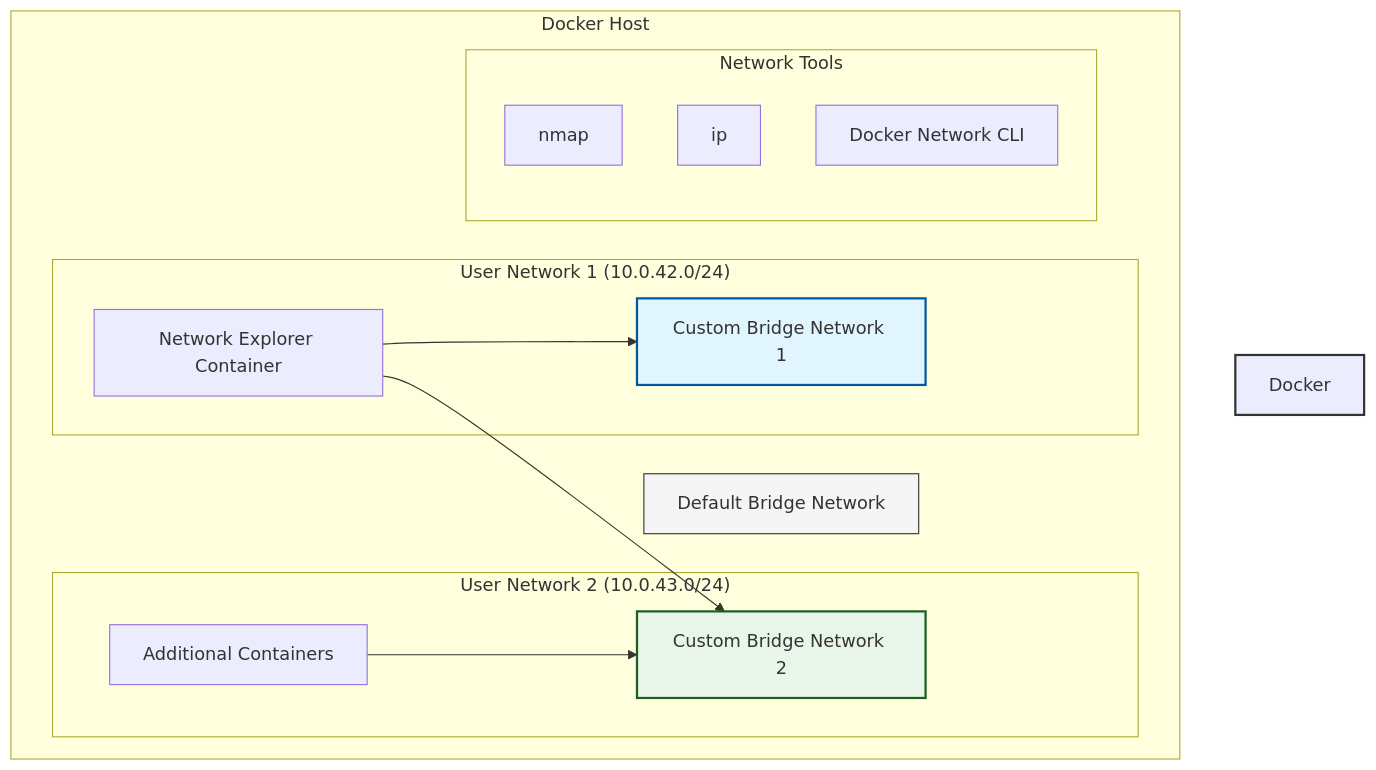
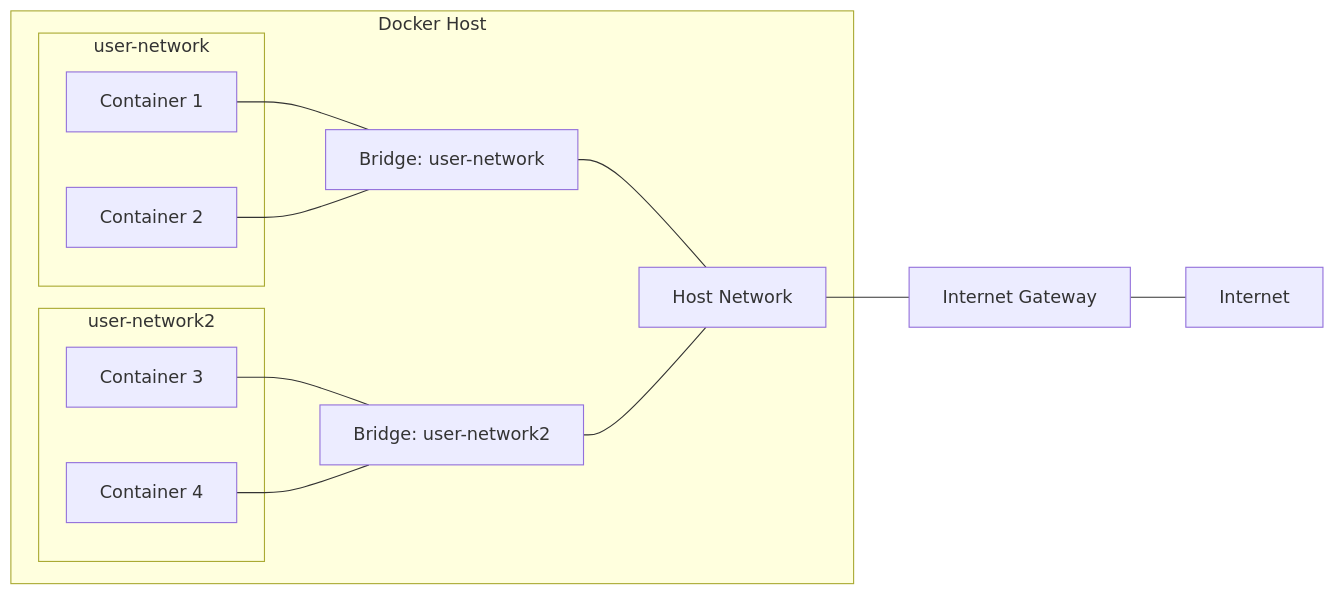
The diagram in README.md (TheToriqul/docker-bridge-networks), drawn with Mermaid before and after one commit. The commit also changed other lines of this file and 1 other file, not shown here.

````diff
--- a/README.md
+++ b/README.md
@@ -16,33 +26,21 @@
 ```mermaid
-graph TB
-    subgraph "Docker Host"
-        style Docker Host fill:#f5f5f5,stroke:#333,stroke-width:2px
-        
-        subgraph "User Network 1 (10.0.42.0/24)"
-            style UN1 fill:#e1f5fe,stroke:#01579b,stroke-width:2px
-            UN1[Custom Bridge Network 1]
-            C1[Network Explorer Container]
-        end
-        
-        subgraph "User Network 2 (10.0.43.0/24)"
-            style UN2 fill:#e8f5e9,stroke:#1b5e20,stroke-width:2px
-            UN2[Custom Bridge Network 2]
-            C2[Additional Containers]
-        end
-        
-        DN[Default Bridge Network]
-        
-        C1 --> UN1
-        C1 --> UN2
-        C2 --> UN2
-        
-        subgraph "Network Tools"
-            NT1[nmap]
-            NT2[ip]
-            NT3[Docker Network CLI]
-        end
+graph LR
+  subgraph Docker Host
+    subgraph user-network
+      C1[Container 1]
+      C2[Container 2]
     end
-    
-    classDef network fill:#f5f5f5,stroke:#333,stroke-width:1px
-    class UN1,UN2,DN network
+    subgraph user-network2 
+      C3[Container 3]
+      C4[Container 4]
+    end
+    C1 --- Bridge1[Bridge: user-network]
+    C2 --- Bridge1
+    C3 --- Bridge2[Bridge: user-network2]
+    C4 --- Bridge2
+    Bridge1 --- Host[Host Network]
+    Bridge2 --- Host
+  end
+  Host --- InternetGateway[Internet Gateway]
+  InternetGateway --- Internet[Internet]
 ```
````
